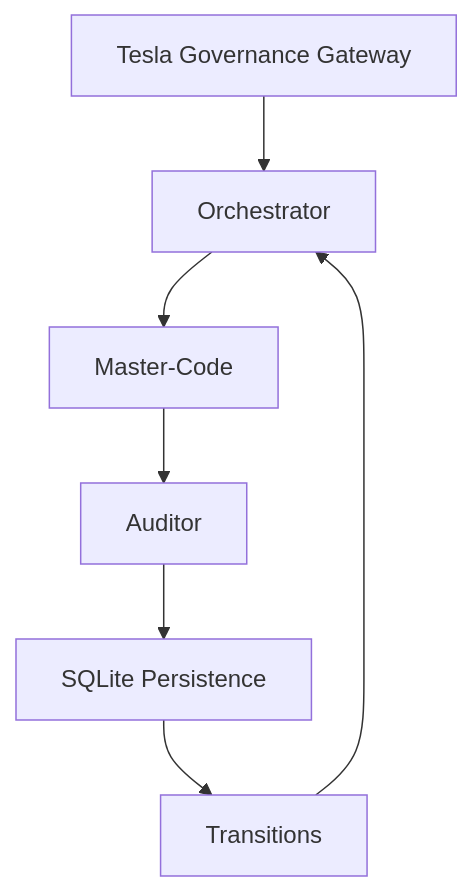
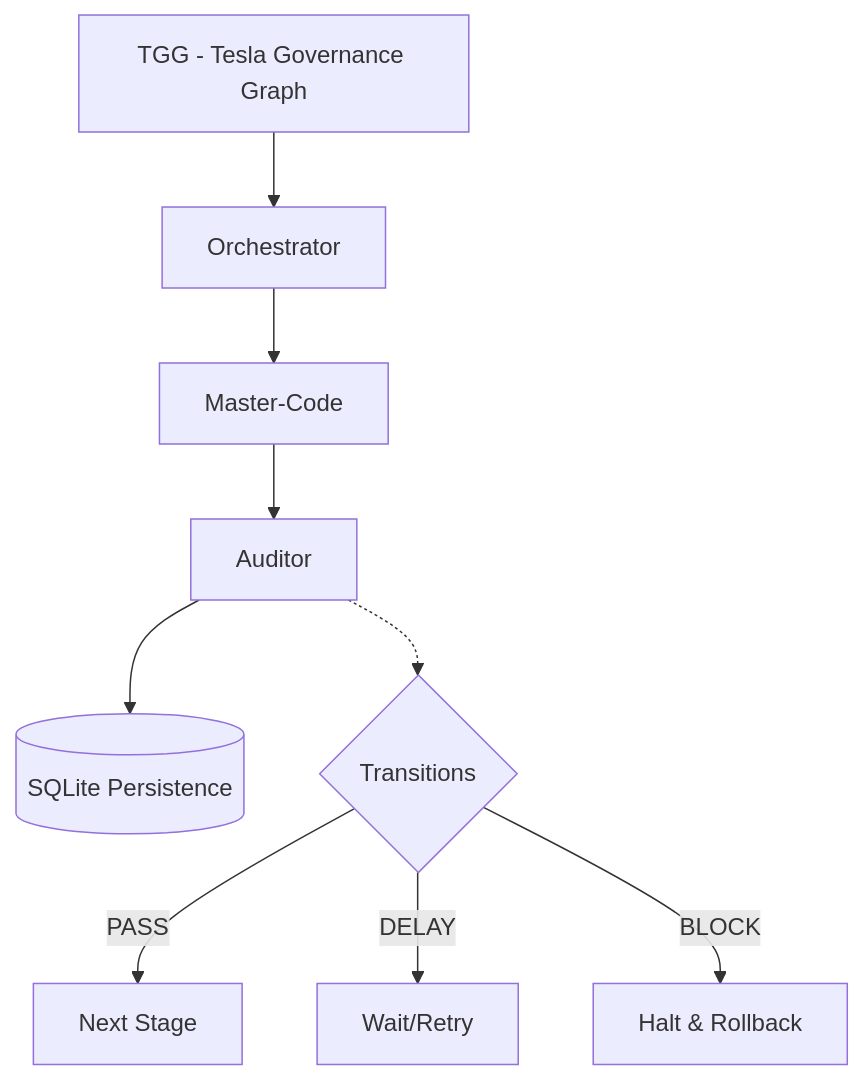
Before and after one commit to lordmahonheim-bot/Tesla-Antigravity-CLI: the diagram in 28-Loop-Engineering/README.md, drawn with Mermaid. The commit also changed other lines of this file, not shown here.

Commit message:
docs(mvp-28): final integration README, architecture diagrams, test scenarios

````diff
--- a/28-Loop-Engineering/README.md
+++ b/28-Loop-Engineering/README.md
@@ -10,9 +7,11 @@
 ```mermaid
 graph TD
-    TGG[Tesla Governance Gateway] --> ORCH[Orchestrator]
-    ORCH --> MC[Master-Code]
-    MC --> AUDIT[Auditor]
-    AUDIT --> SQL[SQLite Persistence]
-    SQL --> TRANS[Transitions]
-    TRANS --> ORCH
+    A[TGG - Tesla Governance Graph] --> B[Orchestrator]
+    B --> C[Master-Code]
+    C --> D[Auditor]
+    D --> E[(SQLite Persistence)]
+    D -.-> F{Transitions}
+    F -->|PASS| G[Next Stage]
+    F -->|DELAY| H[Wait/Retry]
+    F -->|BLOCK| I[Halt & Rollback]
 ```
````
